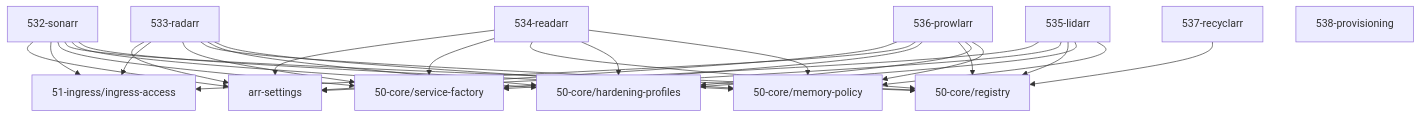
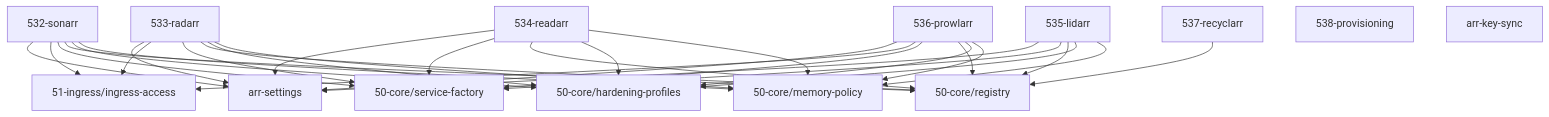
One commit to grapefruit89/mediNix-core changed the diagram in 53-acquisition/AGENTS.md. Above: the diagram before and after it, drawn with Mermaid. The commit also changed other lines of this file and 10 other files, not shown here.

First line of the commit message:
fix(53-acquisition): Arr-API-Key per ExecStartPre statt Env (T-29-02)

````diff
--- a/53-acquisition/AGENTS.md
+++ b/53-acquisition/AGENTS.md
@@ -62,34 +63,35 @@
 ```mermaid
 graph TD
   532_sonarr["532-sonarr"] --> arr_settings["53-acquisition/arr-settings"]
   532_sonarr["532-sonarr"] --> ingress_access["51-ingress/ingress-access"]
   532_sonarr["532-sonarr"] --> service_factory["50-core/service-factory"]
   532_sonarr["532-sonarr"] --> registry["50-core/registry"]
   532_sonarr["532-sonarr"] --> hardening_profiles["50-core/hardening-profiles"]
   532_sonarr["532-sonarr"] --> memory_policy["50-core/memory-policy"]
   533_radarr["533-radarr"] --> arr_settings["53-acquisition/arr-settings"]
   533_radarr["533-radarr"] --> ingress_access["51-ingress/ingress-access"]
   533_radarr["533-radarr"] --> service_factory["50-core/service-factory"]
   533_radarr["533-radarr"] --> registry["50-core/registry"]
   533_radarr["533-radarr"] --> hardening_profiles["50-core/hardening-profiles"]
   533_radarr["533-radarr"] --> memory_policy["50-core/memory-policy"]
   534_readarr["534-readarr"] --> arr_settings["53-acquisition/arr-settings"]
   534_readarr["534-readarr"] --> service_factory["50-core/service-factory"]
   534_readarr["534-readarr"] --> registry["50-core/registry"]
   534_readarr["534-readarr"] --> hardening_profiles["50-core/hardening-profiles"]
   534_readarr["534-readarr"] --> memory_policy["50-core/memory-policy"]
   535_lidarr["535-lidarr"] --> arr_settings["53-acquisition/arr-settings"]
   535_lidarr["535-lidarr"] --> service_factory["50-core/service-factory"]
   535_lidarr["535-lidarr"] --> registry["50-core/registry"]
   535_lidarr["535-lidarr"] --> hardening_profiles["50-core/hardening-profiles"]
   535_lidarr["535-lidarr"] --> memory_policy["50-core/memory-policy"]
   536_prowlarr["536-prowlarr"] --> arr_settings["53-acquisition/arr-settings"]
   536_prowlarr["536-prowlarr"] --> ingress_access["51-ingress/ingress-access"]
   536_prowlarr["536-prowlarr"] --> service_factory["50-core/service-factory"]
   536_prowlarr["536-prowlarr"] --> registry["50-core/registry"]
   536_prowlarr["536-prowlarr"] --> hardening_profiles["50-core/hardening-profiles"]
   536_prowlarr["536-prowlarr"] --> memory_policy["50-core/memory-policy"]
   537_recyclarr["537-recyclarr"] --> registry["50-core/registry"]
   538_provisioning["538-provisioning"]
+  arr_key_sync["arr-key-sync"]
   arr_settings["arr-settings"]
 ```
````
